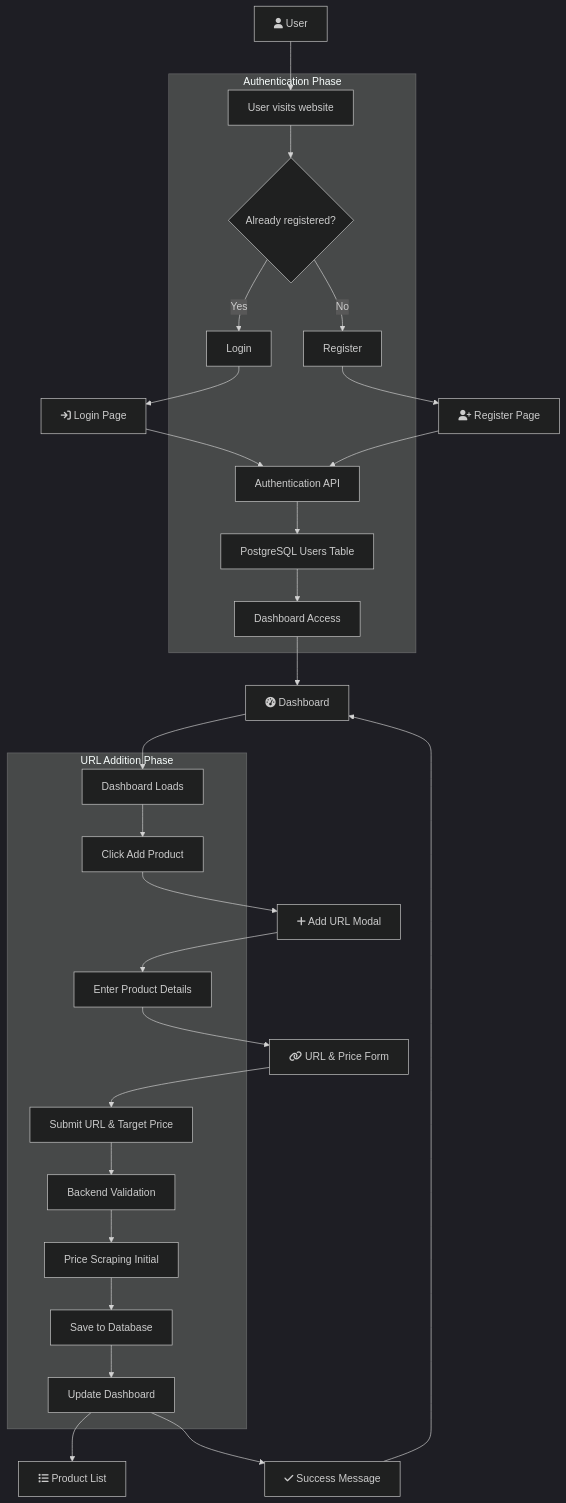
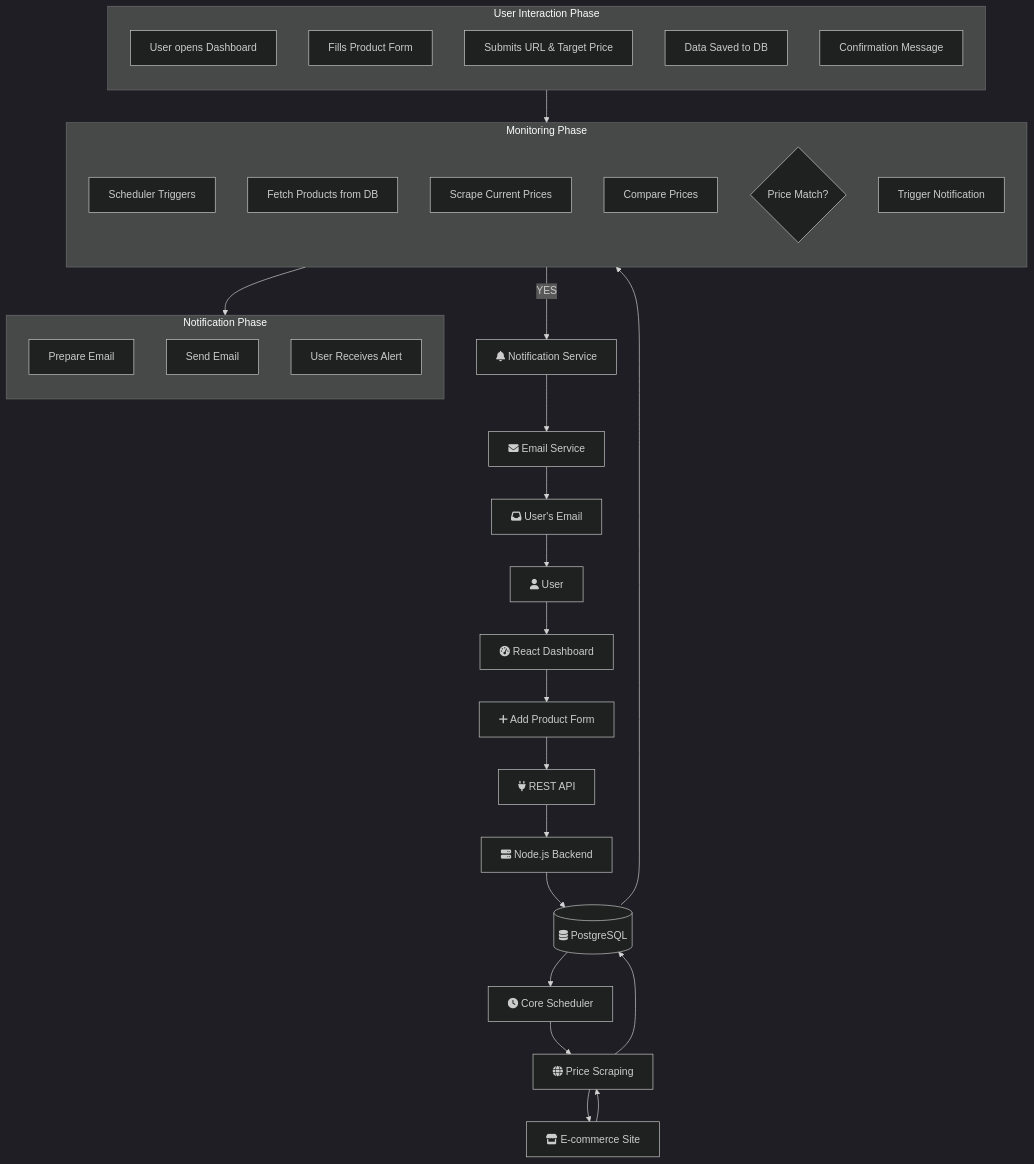
The diagram in README.md (chandini1727/PriceDrop_Detector), drawn with Mermaid (dark theme) before and after one commit.

````diff
--- a/README.md
+++ b/README.md
@@ -24,64 +24,65 @@
 ```mermaid
 flowchart TD
     User[fa:fa-user User]
-    LoginPage[fa:fa-sign-in Login Page]
-    RegisterPage[fa:fa-user-plus Register Page]
-    Dashboard[fa:fa-tachometer-alt Dashboard]
-    AddURLModal[fa:fa-plus Add URL Modal]
-    URLForm[fa:fa-link URL & Price Form]
-    Success[fa:fa-check Success Message]
-    ProductList[fa:fa-list Product List]
+    ReactDashboard[fa:fa-tachometer-alt React Dashboard]
+    AddProductForm[fa:fa-plus Add Product Form]
+    RESTAPI[fa:fa-plug REST API]
+    NodeBackend[fa:fa-server Node.js Backend]
+    PostgreSQL[(fa:fa-database PostgreSQL)]
+    CoreScheduler[fa:fa-clock Core Scheduler]
+    PriceScraping[fa:fa-globe Price Scraping]
+    Ecommerce[fa:fa-store E-commerce Site]
+    Notification[fa:fa-bell Notification Service]
+    Email[fa:fa-envelope Email Service]
+    UserEmail[fa:fa-inbox User's Email]
 
-    %% Authentication Flow
-    subgraph AuthFlow [Authentication Phase]
-        A1[User visits website]
-        A2{Already registered?}
-        A3[Login]
-        A4[Register]
-        A5[Authentication API]
-        A6[PostgreSQL Users Table]
-        A7[Dashboard Access]
+    %% User Interaction Flow
+    subgraph UserFlow [User Interaction Phase]
+        direction TB
+        UF1[User opens Dashboard]
+        UF2[Fills Product Form]
+        UF3[Submits URL & Target Price]
+        UF4[Data Saved to DB]
+        UF5[Confirmation Message]
     end
 
-    %% URL Addition Flow
-    subgraph URLFlow [URL Addition Phase]
-        U1[Dashboard Loads]
-        U2[Click Add Product]
-        U3[Enter Product Details]
-        U4[Submit URL & Target Price]
-        U5[Backend Validation]
-        U6[Price Scraping Initial]
-        U7[Save to Database]
-        U8[Update Dashboard]
+    %% Monitoring Flow
+    subgraph MonitorFlow [Monitoring Phase]
+        direction TB
+        MF1[Scheduler Triggers]
+        MF2[Fetch Products from DB]
+        MF3[Scrape Current Prices]
+        MF4[Compare Prices]
+        MF5{Price Match?}
+        MF6[Trigger Notification]
     end
 
-    %% Complete Flow
-    User --> A1
-    A1 --> A2
-    A2 -->|Yes| A3
-    A2 -->|No| A4
+    %% Notification Flow
+    subgraph NotifyFlow [Notification Phase]
+        direction TB
+        NF1[Prepare Email]
+        NF2[Send Email]
+        NF3[User Receives Alert]
+    end
+
+    %% Complete Flow Connections
+    User --> ReactDashboard
+    ReactDashboard --> AddProductForm
+    AddProductForm --> RESTAPI
+    RESTAPI --> NodeBackend
+    NodeBackend --> PostgreSQL
     
-    A3 --> LoginPage
-    A4 --> RegisterPage
+    UserFlow --> MonitorFlow
+    MonitorFlow --> NotifyFlow
     
-    LoginPage --> A5
-    RegisterPage --> A5
-    
-    A5 --> A6
-    A6 --> A7
-    A7 --> Dashboard
-    
-    Dashboard --> U1
-    U1 --> U2
-    U2 --> AddURLModal
-    AddURLModal --> U3
-    U3 --> URLForm
-    URLForm --> U4
-    U4 --> U5
-    U5 --> U6
-    U6 --> U7
-    U7 --> U8
-    U8 --> ProductList
-    U8 --> Success
-    Success --> Dashboard
+    PostgreSQL --> CoreScheduler
+    CoreScheduler --> PriceScraping
+    PriceScraping --> Ecommerce
+    Ecommerce --> PriceScraping
+    PriceScraping --> PostgreSQL
+    PostgreSQL --> MF5
+    MF5 -->|YES| Notification
+    Notification --> Email
+    Email --> UserEmail
+    UserEmail --> User
 ```
````
